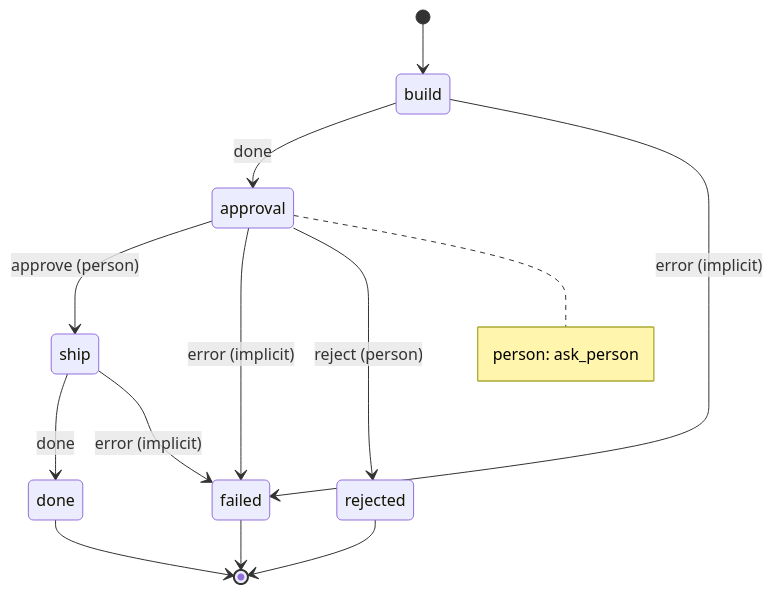
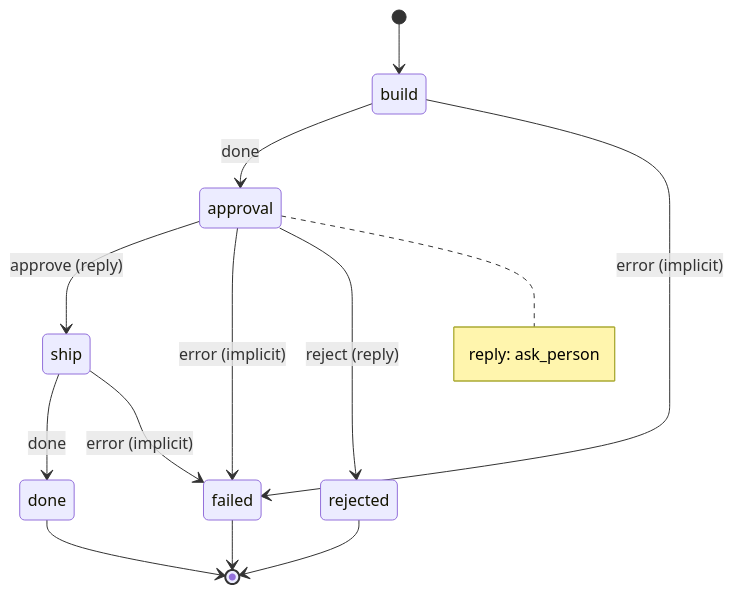
One commit to jtmckay/decree changed the diagram in tests/fixtures/feature/.decree/graph/deploy.md. Above: the diagram before and after it, drawn with Mermaid. The commit also changed 68 other files, not shown here.

First line of the commit message:
A11b: The `person` invoke is `reply`, and its `ask` script is `notify` (A11b-person-is-reply.md)

````diff
--- a/tests/fixtures/feature/.decree/graph/deploy.md
+++ b/tests/fixtures/feature/.decree/graph/deploy.md
@@ -7,17 +7,17 @@
 ```mermaid
 stateDiagram-v2
     [*] --> build
-    approval --> ship: approve (person)
+    approval --> ship: approve (reply)
     approval --> failed: error (implicit)
-    approval --> rejected: reject (person)
+    approval --> rejected: reject (reply)
     build --> approval: done
     build --> failed: error (implicit)
     ship --> done: done
     ship --> failed: error (implicit)
     done --> [*]
     failed --> [*]
     rejected --> [*]
     note right of approval
-        person: ask_person
+        reply: ask_person
     end note
 ```
````
